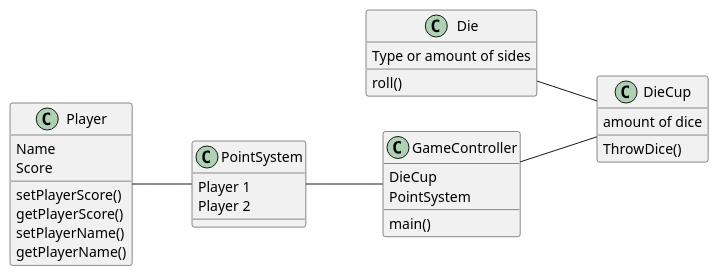
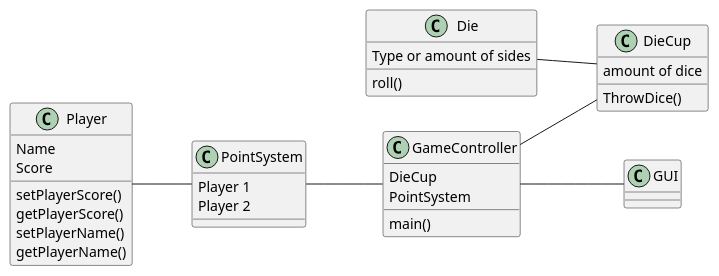
The diagram in G11_del1/src/main/java/Classes.puml (PhilipCramer/11_CDIO_SEMESTER1), drawn with PlantUML before and after one commit. The commit also changed 1 other file, not shown here.

Commit message:
tilføjede GUI til klassediagram og mindre rettelser til GUI

```diff
--- a/G11_del1/src/main/java/Classes.puml
+++ b/G11_del1/src/main/java/Classes.puml
@@ -1,43 +1,45 @@
 @startuml
 'https://plantuml.com/class-diagram
 left to right direction
 
 class Die {
 Type or amount of sides
 }
 Die : roll()
 
 class Player{
 Name
 Score
 }
 Player : setPlayerScore()
 Player : getPlayerScore()
 Player : setPlayerName()
 Player : getPlayerName()
 
 class DieCup {
 amount of dice
 }
 DieCup : ThrowDice()
 
 class PointSystem {
 Player 1
 Player 2
 }
 
 class GameController {
 DieCup
 PointSystem
 }
 GameController : main()
 
+class GUI
 
 
+GameController -- GUI
 GameController -- DieCup
 Die -- DieCup
 Player --PointSystem
 PointSystem -- GameController
 
 
 @enduml
```
